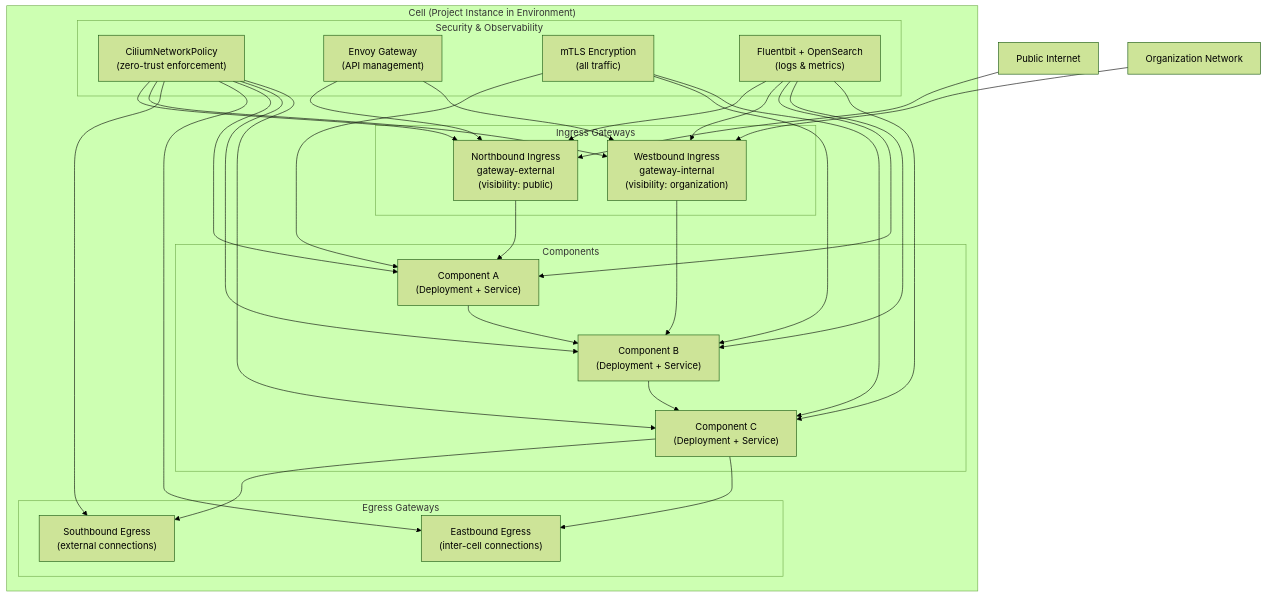
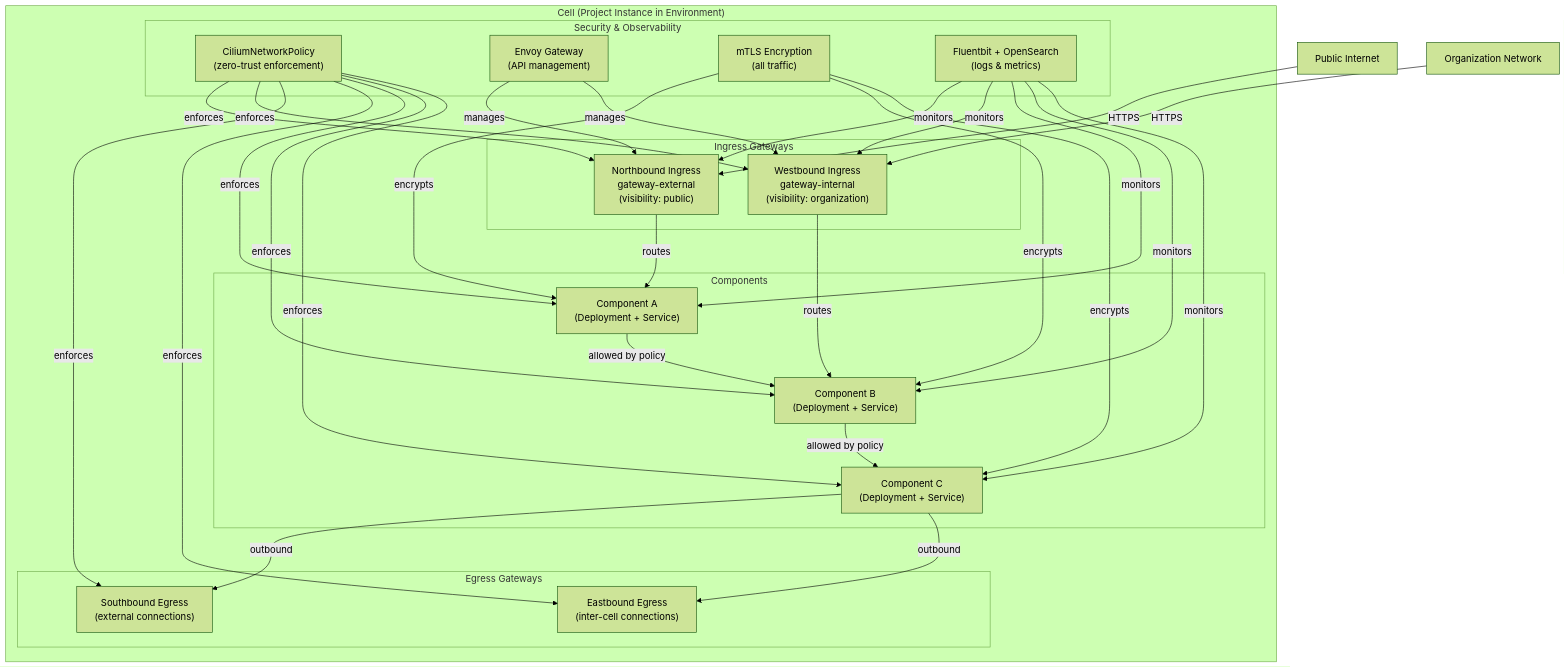
Before and after one commit to openchoreo/openchoreo: the seventh of 7 diagrams in docs/deepwiki/Architecture.md, drawn with Mermaid (forest theme). The commit also changed other lines of this file and 85 other files, not shown here.

Commit message:
feat: Add new workflow and specification templates, update Helm chart dependencies, and clarify documentation diagrams.

````diff
--- a/docs/deepwiki/Architecture.md
+++ b/docs/deepwiki/Architecture.md
@@ -594,69 +594,69 @@
 ```mermaid
 flowchart TD
 
 North["Northbound Ingress<br>gateway-external<br>(visibility: public)"]
 West["Westbound Ingress<br>gateway-internal<br>(visibility: organization)"]
 CompA["Component A<br>(Deployment + Service)"]
 CompB["Component B<br>(Deployment + Service)"]
 CompC["Component C<br>(Deployment + Service)"]
 South["Southbound Egress<br>(external connections)"]
 East["Eastbound Egress<br>(inter-cell connections)"]
 Cilium["CiliumNetworkPolicy<br>(zero-trust enforcement)"]
 Envoy["Envoy Gateway<br>(API management)"]
 mTLS["mTLS Encryption<br>(all traffic)"]
 Obs["Fluentbit + OpenSearch<br>(logs & metrics)"]
 Internet["Public Internet"]
 OrgNet["Organization Network"]
 
-Internet --> North
-OrgNet --> West
+Internet -->|"HTTPS"| North
+OrgNet -->|"HTTPS"| West
 
 subgraph subGraph4 ["Cell (Project Instance in Environment)"]
-    North --> CompA
-    West --> CompB
-    CompC --> South
-    CompC --> East
-    Cilium --> North
-    Cilium --> West
-    Cilium --> South
-    Cilium --> East
-    Cilium --> CompA
-    Cilium --> CompB
-    Cilium --> CompC
-    Envoy --> North
-    Envoy --> West
-    mTLS --> CompA
-    mTLS --> CompB
-    mTLS --> CompC
-    Obs --> North
-    Obs --> West
-    Obs --> CompA
-    Obs --> CompB
-    Obs --> CompC
+    North -->|"routes"| CompA
+    West -->|"routes"| CompB
+    CompC -->|"outbound"| South
+    CompC -->|"outbound"| East
+    Cilium -->|"enforces"| North
+    Cilium -->|"enforces"| West
+    Cilium -->|"enforces"| South
+    Cilium -->|"enforces"| East
+    Cilium -->|"enforces"| CompA
+    Cilium -->|"enforces"| CompB
+    Cilium -->|"enforces"| CompC
+    Envoy -->|"manages"| North
+    Envoy -->|"manages"| West
+    mTLS -->|"encrypts"| CompA
+    mTLS -->|"encrypts"| CompB
+    mTLS -->|"encrypts"| CompC
+    Obs -->|"monitors"| North
+    Obs -->|"monitors"| West
+    Obs -->|"monitors"| CompA
+    Obs -->|"monitors"| CompB
+    Obs -->|"monitors"| CompC
 
 subgraph subGraph3 ["Security & Observability"]
     Cilium
     Envoy
     mTLS
     Obs
 end
 
 subgraph subGraph2 ["Egress Gateways"]
     South
     East
 end
 
 subgraph Components ["Components"]
     CompA
     CompB
     CompC
-    CompA --> CompB
-    CompB --> CompC
+    CompA -->|"allowed by policy"| CompB
+    CompB -->|"allowed by policy"| CompC
 end
 
 subgraph subGraph0 ["Ingress Gateways"]
     North
     West
 end
 end
 ```
````
